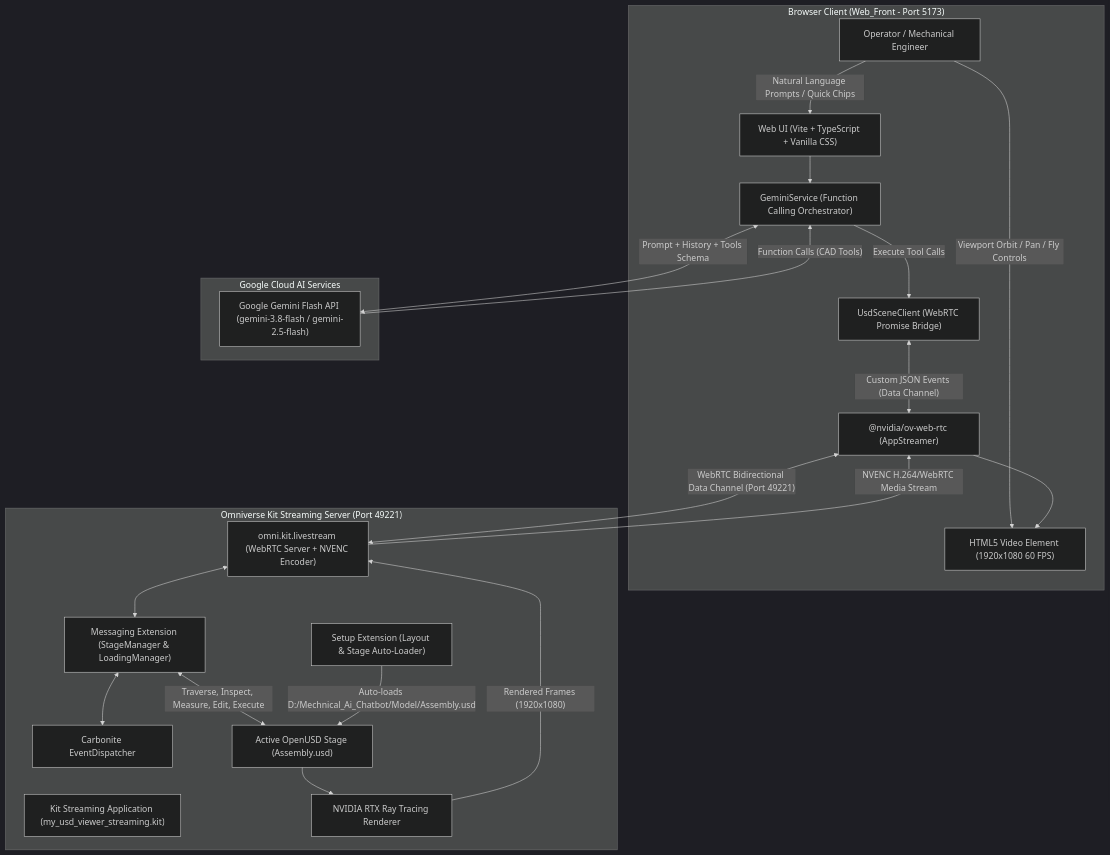
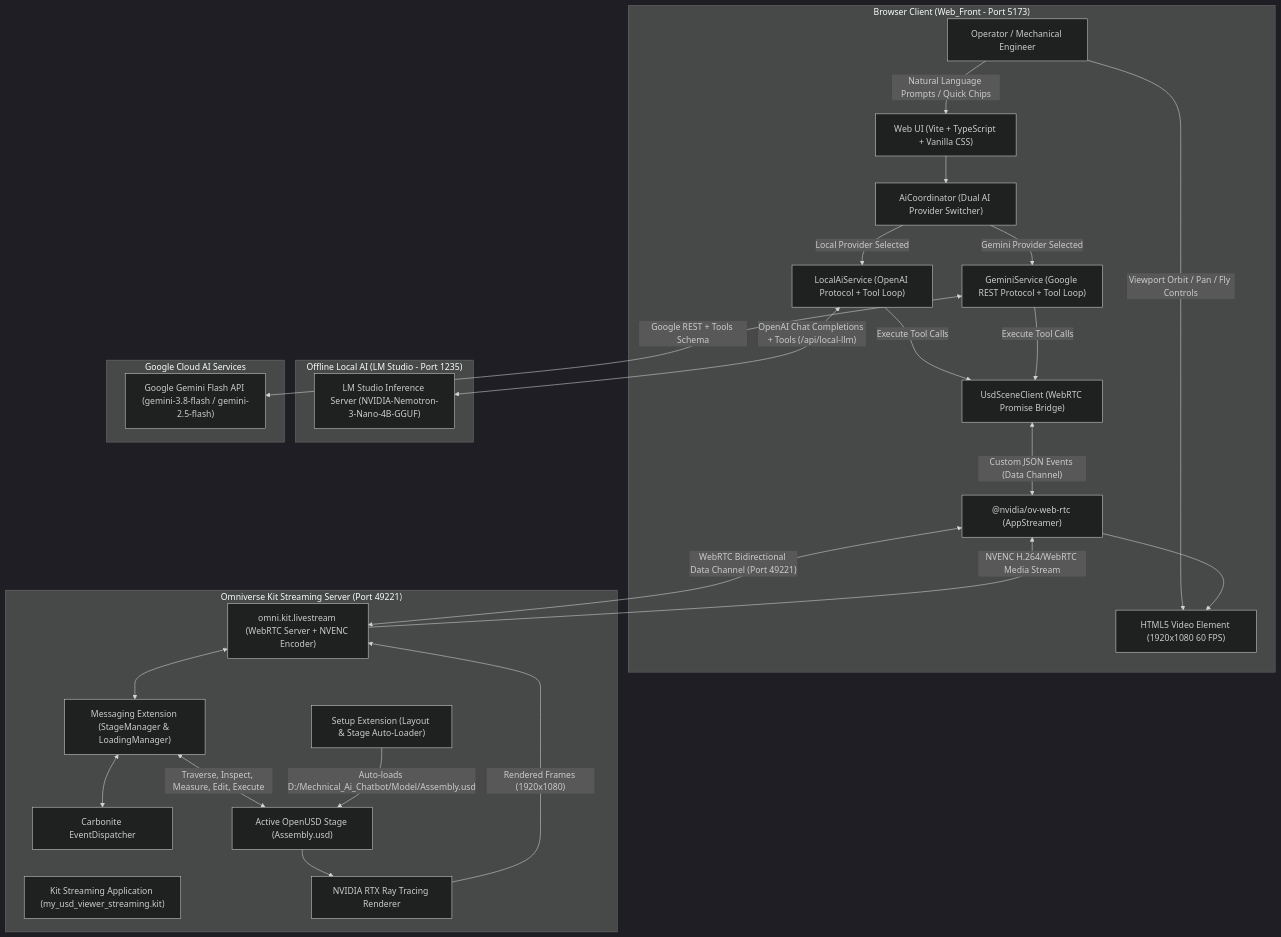
The first of 3 diagrams in ARCHITECTURE.md (Goku3060/Mechnical_Ai_ChatBot), drawn with Mermaid (dark theme) before and after one commit. The commit also changed other lines of this file and 1 other file, not shown here.

Commit message:
docs: synchronize README and ARCHITECTURE with Dual AI Engine and LM Studio integration

````diff
--- a/ARCHITECTURE.md
+++ b/ARCHITECTURE.md
@@ -18,51 +18,60 @@
 ```mermaid
 flowchart TD
     subgraph Client ["Browser Client (Web_Front - Port 5173)"]
         User["Operator / Mechanical Engineer"]
         UI["Web UI (Vite + TypeScript + Vanilla CSS)"]
-        GeminiService["GeminiService (Function Calling Orchestrator)"]
+        AiCoord["AiCoordinator (Dual AI Provider Switcher)"]
+        LocalAi["LocalAiService (OpenAI Protocol + Tool Loop)"]
+        GeminiService["GeminiService (Google REST Protocol + Tool Loop)"]
         UsdClient["UsdSceneClient (WebRTC Promise Bridge)"]
         WebRTCClient["@nvidia/ov-web-rtc (AppStreamer)"]
         VideoEl["HTML5 Video Element (1920x1080 60 FPS)"]
+    end
+
+    subgraph LocalAI ["Offline Local AI (LM Studio - Port 1235)"]
+        LMStudio["LM Studio Inference Server (NVIDIA-Nemotron-3-Nano-4B-GGUF)"]
     end
 
     subgraph Cloud ["Google Cloud AI Services"]
         GeminiAPI["Google Gemini Flash API (gemini-3.8-flash / gemini-2.5-flash)"]
     end
 
     subgraph Host ["Omniverse Kit Streaming Server (Port 49221)"]
         KitApp["Kit Streaming Application (my_usd_viewer_streaming.kit)"]
         LiveStreamExt["omni.kit.livestream (WebRTC Server + NVENC Encoder)"]
         MsgExt["Messaging Extension (StageManager & LoadingManager)"]
         SetupExt["Setup Extension (Layout & Stage Auto-Loader)"]
         EventDisp["Carbonite EventDispatcher"]
         USDStage["Active OpenUSD Stage (Assembly.usd)"]
         RTXRenderer["NVIDIA RTX Ray Tracing Renderer"]
     end
 
     %% User interactions
     User -->|"Natural Language Prompts / Quick Chips"| UI
     User -->|"Viewport Orbit / Pan / Fly Controls"| VideoEl
-    UI --> GeminiService
+    UI --> AiCoord
     
-    %% Gemini AI Loop
-    GeminiService <-->|"Prompt + History + Tools Schema"| GeminiAPI
-    GeminiAPI -->|"Function Calls (CAD Tools)"| GeminiService
+    %% Dual AI Routing
+    AiCoord -->|"Local Provider Selected"| LocalAi
+    AiCoord -->|"Gemini Provider Selected"| GeminiService
+    LocalAi <-->|"OpenAI Chat Completions + Tools (/api/local-llm)"| LMStudio
+    GeminiService <-->|"Google REST + Tools Schema"| GeminiAPI
+    LocalAi -->|"Execute Tool Calls"| UsdClient
     GeminiService -->|"Execute Tool Calls"| UsdClient
     
     %% WebRTC Data Channel
     UsdClient <-->|"Custom JSON Events (Data Channel)"| WebRTCClient
     WebRTCClient <-->|"WebRTC Bidirectional Data Channel (Port 49221)"| LiveStreamExt
     LiveStreamExt <--> MsgExt
     MsgExt <--> EventDisp
     
     %% USD Stage Operations
     MsgExt <-->|"Traverse, Inspect, Measure, Edit, Execute"| USDStage
     SetupExt -->|"Auto-loads D:/Mechnical_Ai_Chatbot/Model/Assembly.usd"| USDStage
     
     %% Video Stream
     USDStage --> RTXRenderer
     RTXRenderer -->|"Rendered Frames (1920x1080)"| LiveStreamExt
     LiveStreamExt -->|"NVENC H.264/WebRTC Media Stream"| WebRTCClient
     WebRTCClient --> VideoEl
 ```
````
